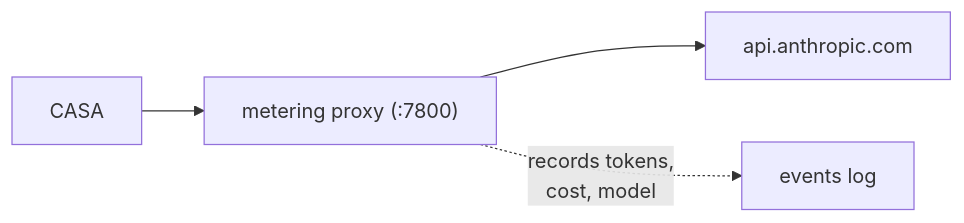
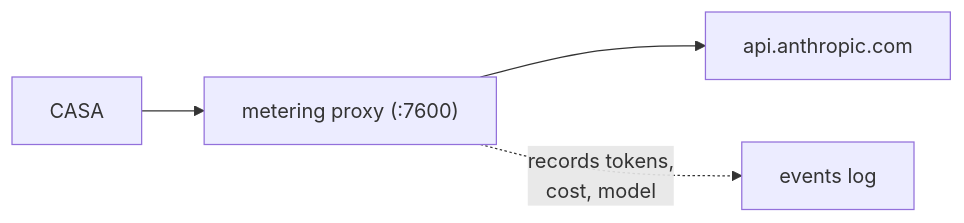
One commit to johnloveworld2022-ops/mecha.im changed the diagram in website/docs/features/metering.md. Above: the diagram before and after it, drawn with Mermaid. The commit also changed other lines of this file and 3 other files, not shown here.

````diff
--- a/website/docs/features/metering.md
+++ b/website/docs/features/metering.md
@@ -9,6 +9,6 @@
 ```mermaid
 graph LR
-  CASA --> proxy["metering proxy (:7800)"]
+  CASA --> proxy["metering proxy (:7600)"]
   proxy --> api["api.anthropic.com"]
   proxy -. "records tokens,<br/>cost, model" .-> events["events log"]
 ```
````
